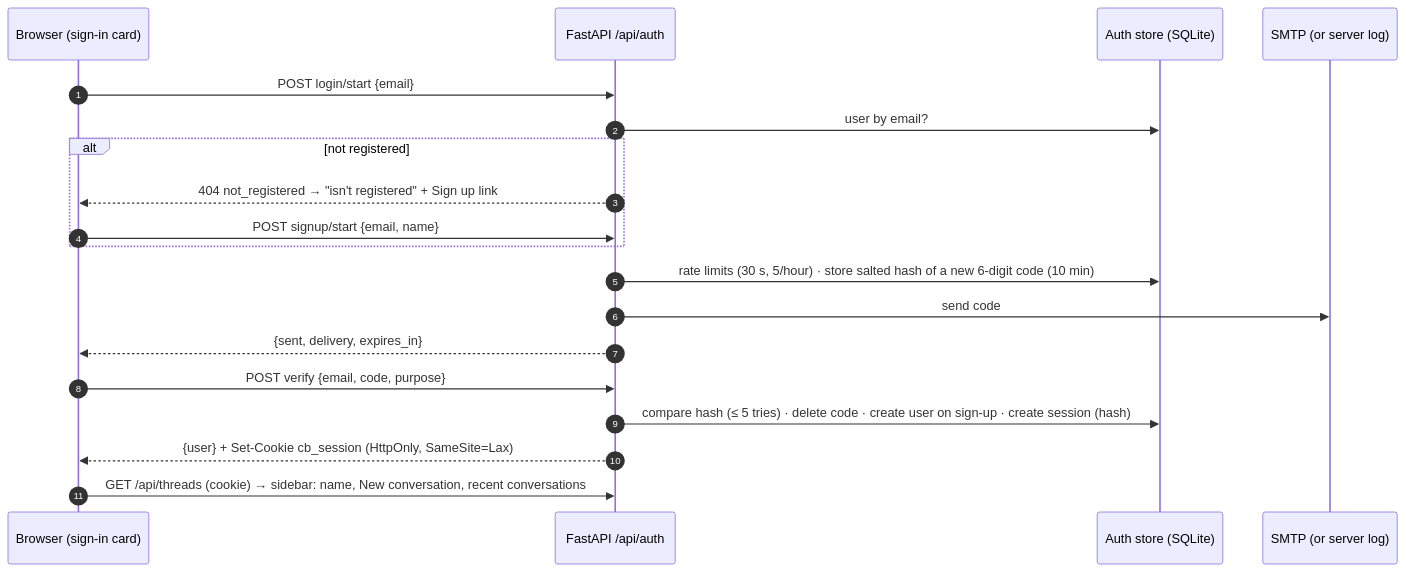
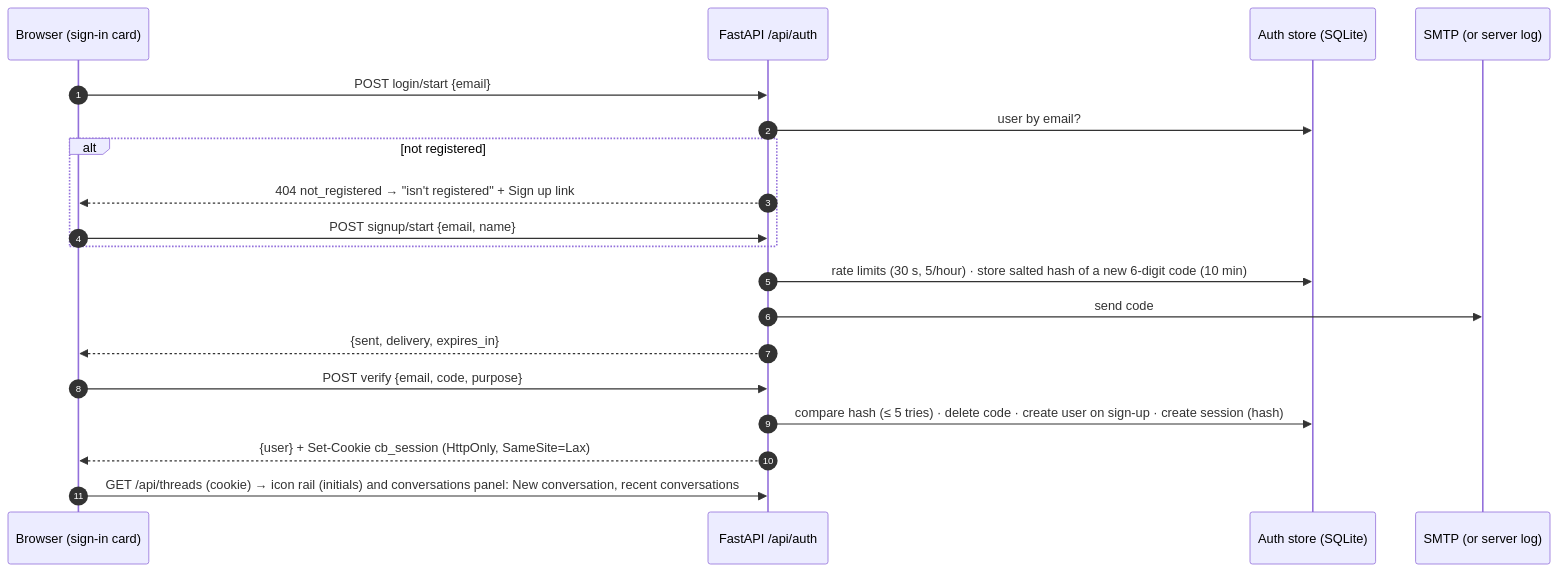
Diagram 14 of 16 in docs/architecture.md (prasannakoppolu/contentblitz-ai-assistant), drawn with Mermaid before and after one commit. The commit also changed other lines of this file and 10 other files, not shown here.

First line of the commit message:
Replace the sidebar with an icon rail and a slide-out conversations panel

````diff
--- a/docs/architecture.md
+++ b/docs/architecture.md
@@ -315,21 +315,21 @@
 ```mermaid
 sequenceDiagram
     autonumber
     participant B as Browser (sign-in card)
     participant A as FastAPI /api/auth
     participant S as Auth store (SQLite)
     participant E as SMTP (or server log)
     B->>A: POST login/start {email}
     A->>S: user by email?
     alt not registered
         A-->>B: 404 not_registered → "isn't registered" + Sign up link
         B->>A: POST signup/start {email, name}
     end
     A->>S: rate limits (30 s, 5/hour) · store salted hash of a new 6-digit code (10 min)
     A->>E: send code
     A-->>B: {sent, delivery, expires_in}
     B->>A: POST verify {email, code, purpose}
     A->>S: compare hash (≤ 5 tries) · delete code · create user on sign-up · create session (hash)
     A-->>B: {user} + Set-Cookie cb_session (HttpOnly, SameSite=Lax)
-    B->>A: GET /api/threads (cookie) → sidebar: name, New conversation, recent conversations
+    B->>A: GET /api/threads (cookie) → icon rail (initials) and conversations panel: New conversation, recent conversations
 ```
````
